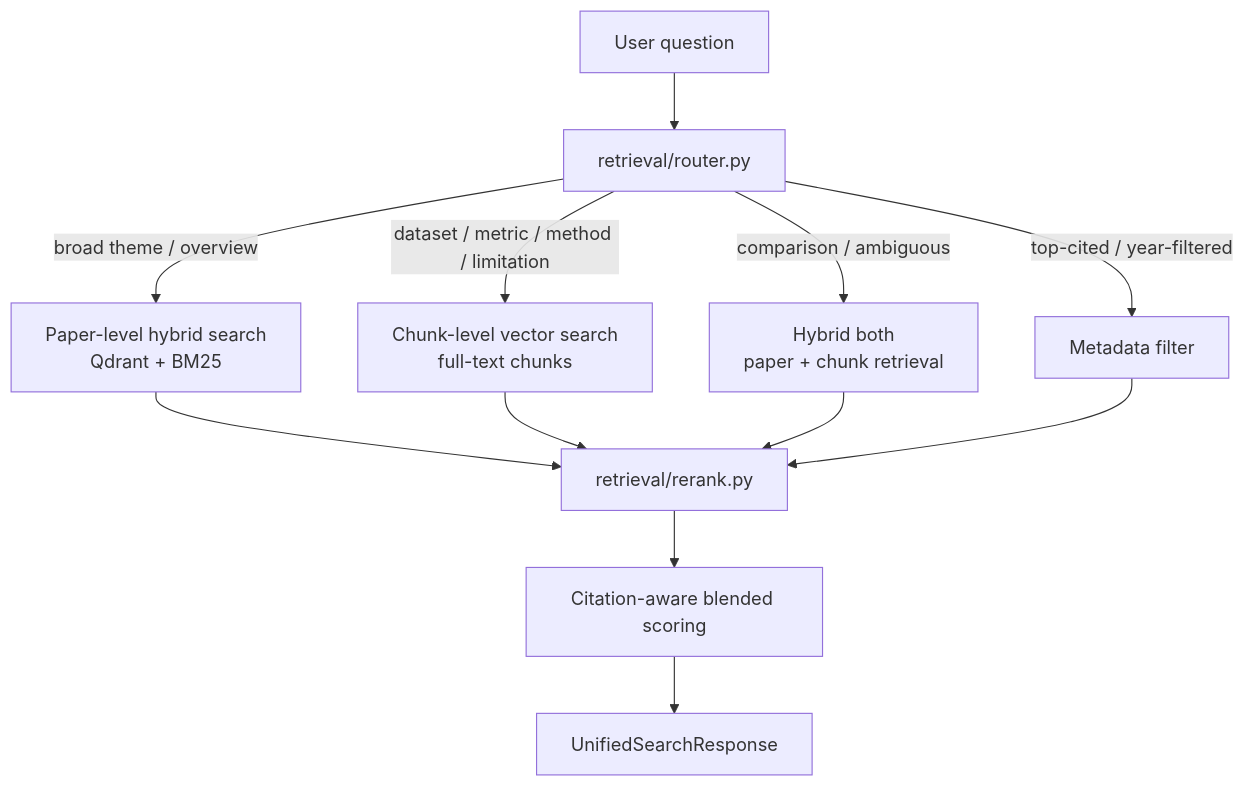
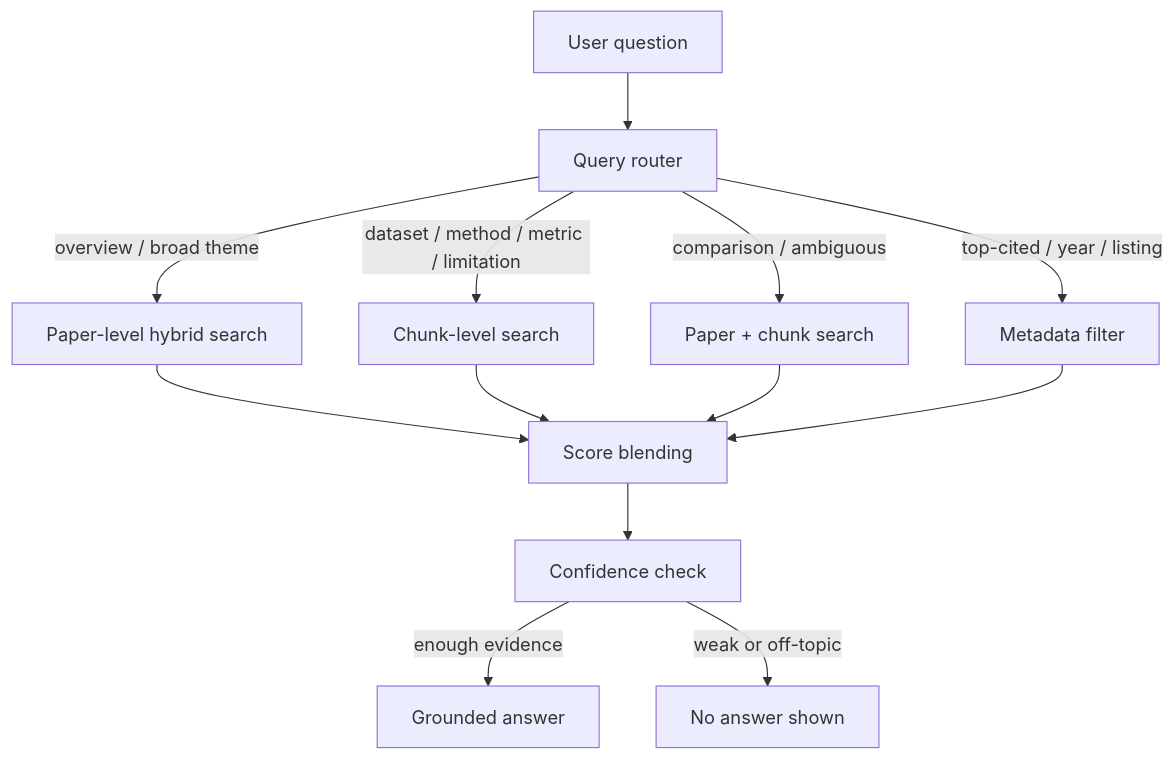
One commit to rishitha-gogineni/research-synthesis-engine changed the third of 3 diagrams in README.md. Above: the diagram before and after it, drawn with Mermaid. The commit also changed other lines of this file and 1 other file, not shown here.

````diff
--- a/README.md
+++ b/README.md
@@ -87,14 +83,15 @@
 ```mermaid
 flowchart TD
-    A["User question"] --> B["retrieval/router.py"]
-    B -->|"broad theme / overview"| C["Paper-level hybrid search<br/>Qdrant + BM25"]
-    B -->|"dataset / metric / method / limitation"| D["Chunk-level vector search<br/>full-text chunks"]
-    B -->|"comparison / ambiguous"| E["Hybrid both<br/>paper + chunk retrieval"]
-    B -->|"top-cited / year-filtered"| F["Metadata filter"]
-    C --> G["retrieval/rerank.py"]
+    A["User question"] --> B["Query router"]
+    B -->|"overview / broad theme"| C["Paper-level hybrid search"]
+    B -->|"dataset / method / metric / limitation"| D["Chunk-level search"]
+    B -->|"comparison / ambiguous"| E["Paper + chunk search"]
+    B -->|"top-cited / year / listing"| F["Metadata filter"]
+    C --> G["Score blending"]
     D --> G
     E --> G
     F --> G
-    G --> H["Citation-aware blended scoring"]
-    H --> I["UnifiedSearchResponse"]
+    G --> H["Confidence check"]
+    H -->|"enough evidence"| I["Grounded answer"]
+    H -->|"weak or off-topic"| J["No answer shown"]
 ```
````
